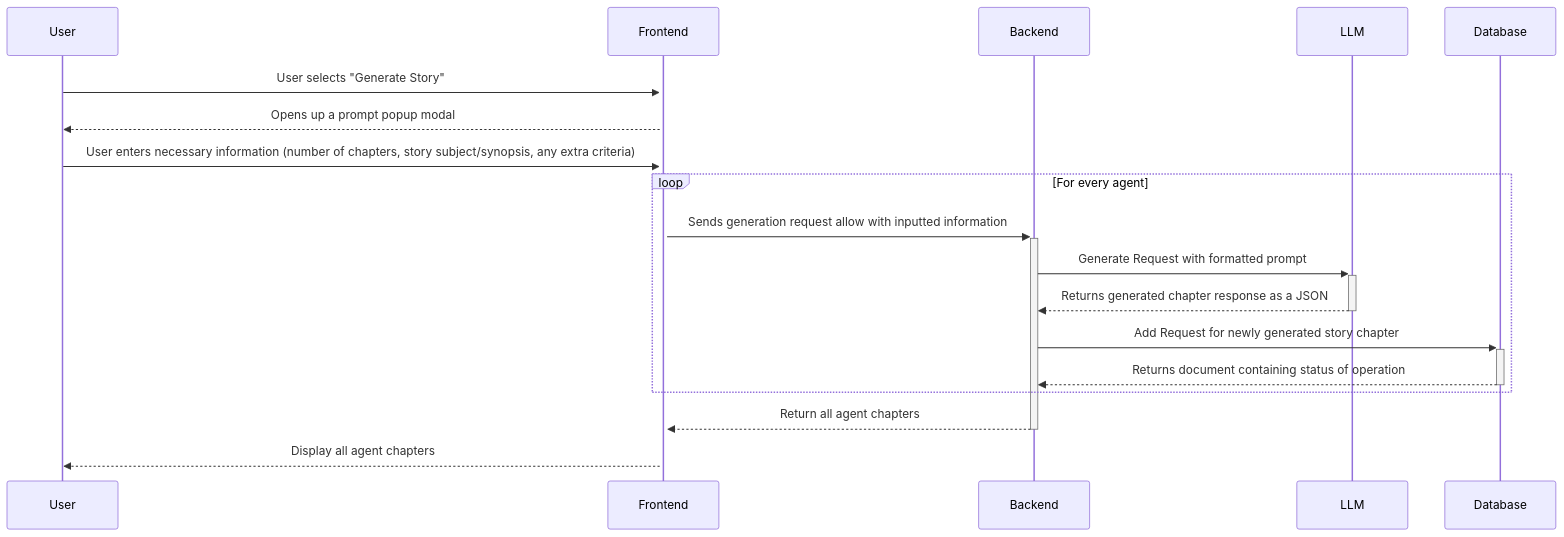
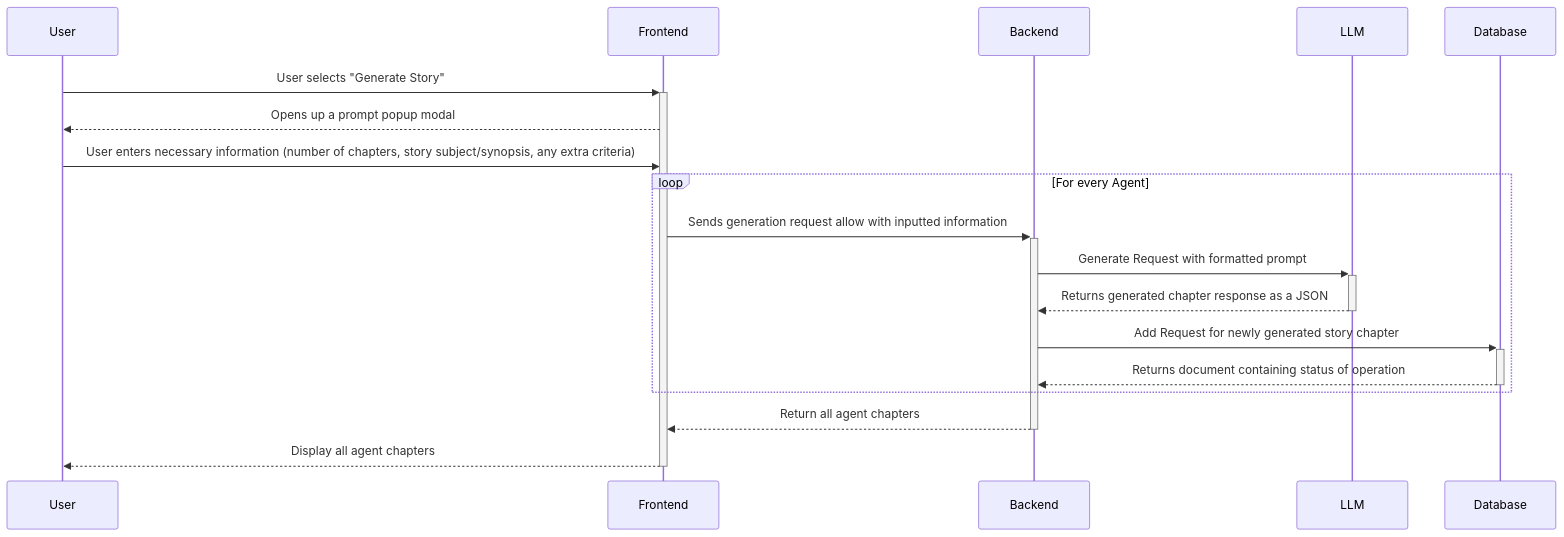
One commit to Capstone-Projects-2025-Spring/project-003-story-builder-team-1 changed the seventh of 8 diagrams in documentation/docs/system-architecture/sequence-diagrams.md. Above: the diagram before and after it, drawn with Mermaid. The commit also changed other lines of this file, not shown here.

Commit message:
Updated Agent Voting sequence diagram

````diff
--- a/documentation/docs/system-architecture/sequence-diagrams.md
+++ b/documentation/docs/system-architecture/sequence-diagrams.md
@@ -139,20 +139,20 @@
 ```mermaid
 sequenceDiagram
     participant User
     participant Frontend
     participant Backend
     participant LLM
     participant Database
     User->>+Frontend: User selects "Generate Story"
     Frontend-->>User: Opens up a prompt popup modal
     User->>Frontend: User enters necessary information (number of chapters, story subject/synopsis, any extra criteria)
-    Loop For every agent
+    Loop For every Agent
     Frontend->>+Backend: Sends generation request allow with inputted information
     Backend->>+LLM: Generate Request with formatted prompt
     LLM-->>-Backend: Returns generated chapter response as a JSON
     Backend->>+Database: Add Request for newly generated story chapter
     Database-->>-Backend: Returns document containing status of operation
     end
     Backend-->>-Frontend: Return all agent chapters
-    Frontend-->>User: Display all agent chapters
+    Frontend-->>-User: Display all agent chapters
 ```
````
